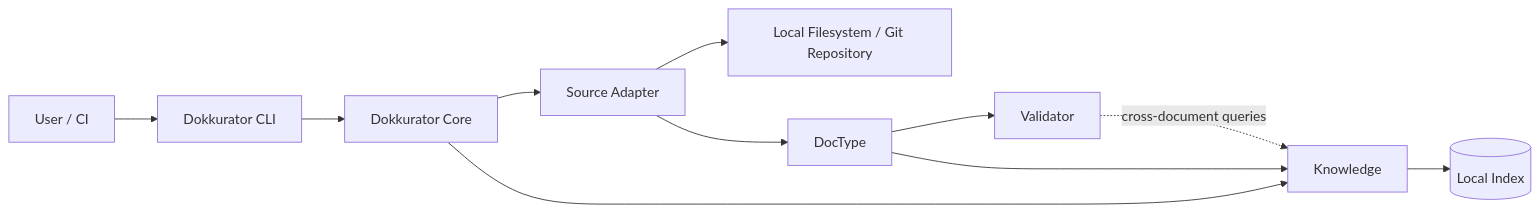
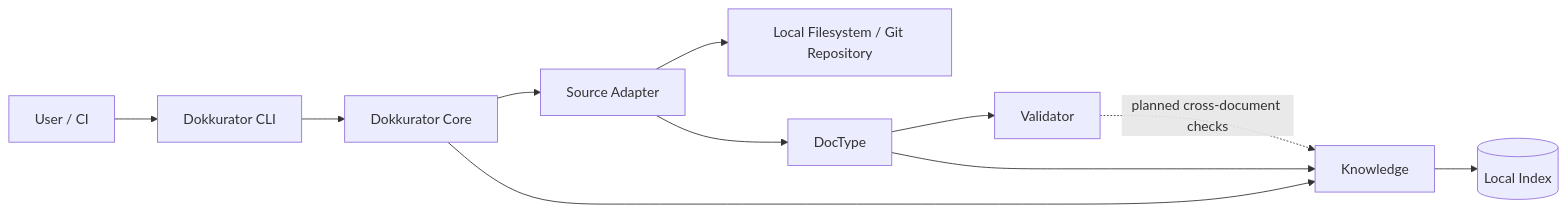
Before and after one commit to humaki4/dokkurator: the diagram in docs/architecture/cli.md, drawn with Mermaid. The commit also changed other lines of this file and 31 other files, not shown here.

````diff
--- a/docs/architecture/cli.md
+++ b/docs/architecture/cli.md
@@ -22,34 +24,34 @@
 ```mermaid
 flowchart LR
     User["User / CI"]
 
     CLI["Dokkurator CLI"]
     Core["Dokkurator Core"]
 
     Source["Local Filesystem / Git Repository"]
 
     SourceAdapter["Source Adapter"]
 
     DocType["DocType"]
 
     Validator["Validator"]
 
     Knowledge["Knowledge"]
 
     LocalIndex[("Local Index")]
 
     User --> CLI
     CLI --> Core
     Core --> SourceAdapter
     Core --> Knowledge
     SourceAdapter --> Source
 
     SourceAdapter --> DocType
 
     DocType --> Validator
     DocType --> Knowledge
 
-    Validator -. cross-document queries .-> Knowledge
+    Validator -. "planned cross-document checks" .-> Knowledge
 
     Knowledge --> LocalIndex
 ```
````
